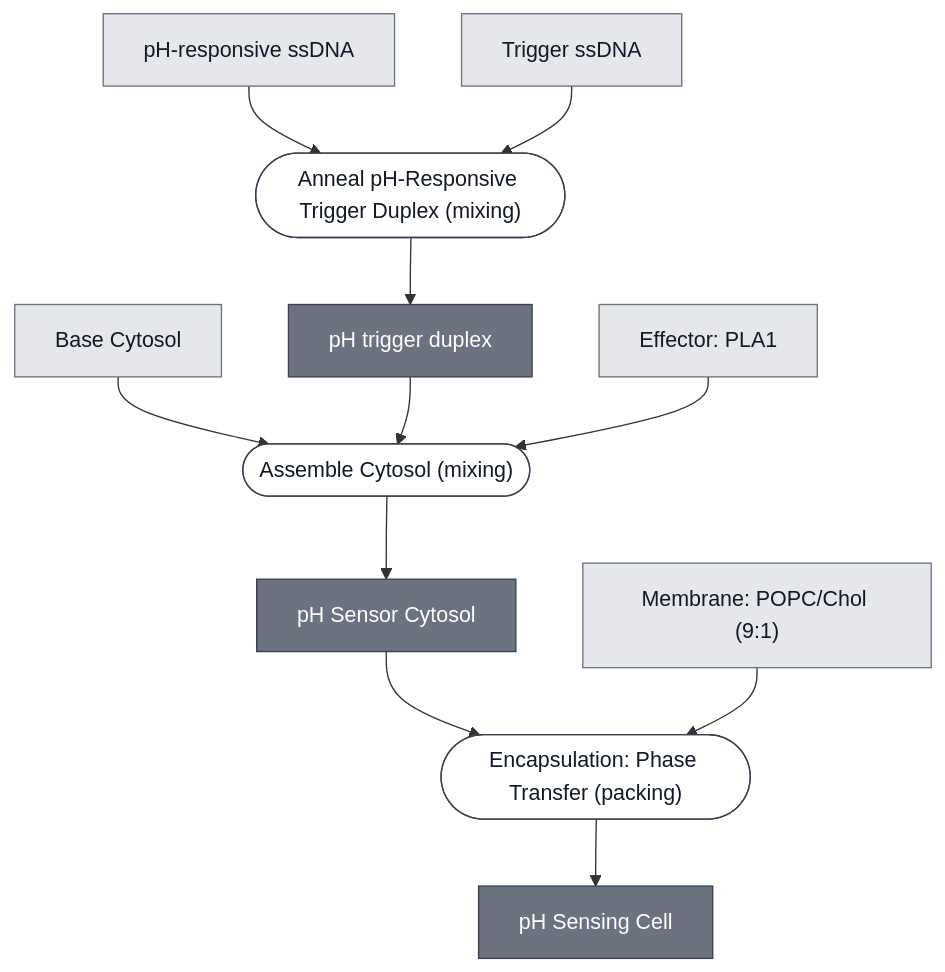
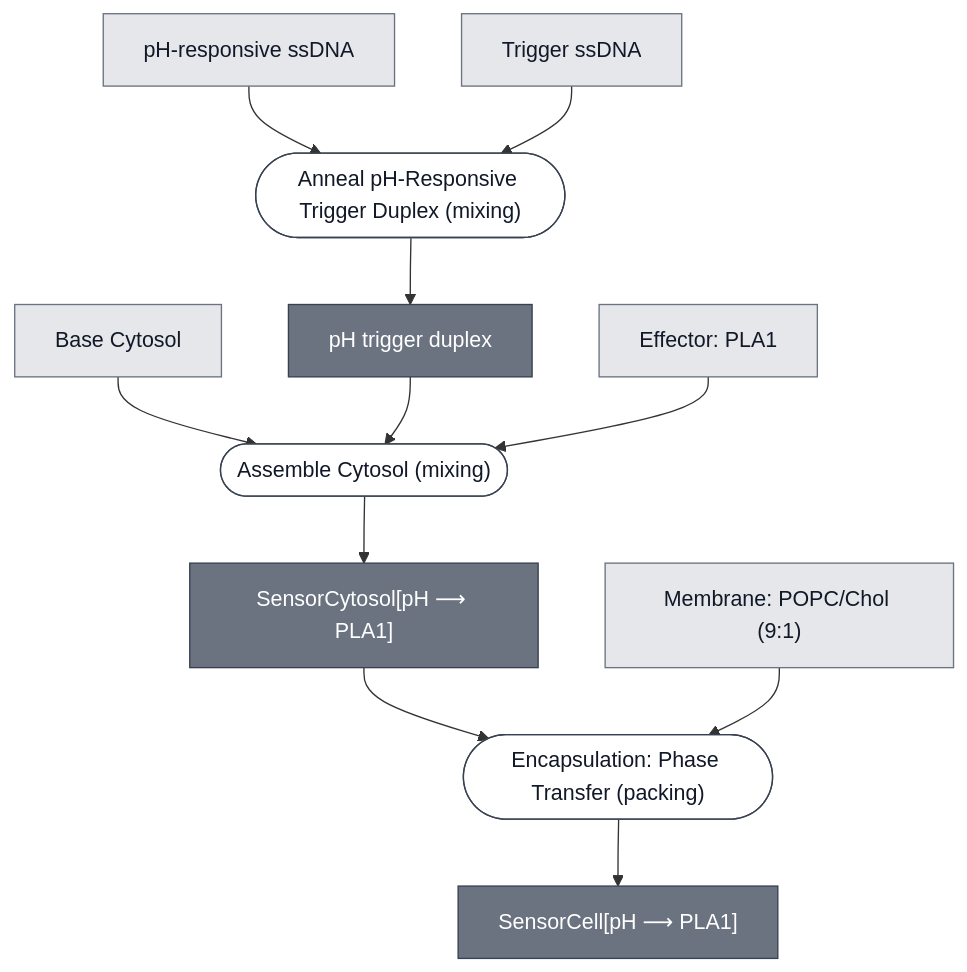
Before and after one commit to nucleus-eng/nucleus-docs: the diagram in docs/modules/ph-sensing-cell/spec.md, drawn with Mermaid. The commit also changed other lines of this file and 47 other files, not shown here.

````diff
--- a/docs/modules/ph-sensing-cell/spec.md
+++ b/docs/modules/ph-sensing-cell/spec.md
@@ -29,46 +29,46 @@
 ```mermaid
 flowchart TD
     BASE_CYTOSOL["Base Cytosol"]
     PH_RESPONSIVE_SSDNA["pH-responsive ssDNA"]
     TRIGGER_SSDNA["Trigger ssDNA"]
     EFFECTOR_PLA1["Effector: PLA1"]
     MEMBRANE_CHICAGO["Membrane: POPC/Chol (9:1)"]
 
     P1_ANNEAL_TRIGGER_DUPLEX_0(["Anneal pH-Responsive Trigger Duplex (mixing)"])
     PH_TRIGGER_DUPLEX["pH trigger duplex"]
     P2_ASSEMBLE_CYTOSOL_0(["Assemble Cytosol (mixing)"])
-    PH_SENSOR_CYTOSOL["pH Sensor Cytosol"]
+    PH_SENSOR_CYTOSOL["SensorCytosol[pH ⟶ PLA1]"]
     P3_ENCAPSULATE_0(["Encapsulation: Phase Transfer (packing)"])
-    PH_SENSING_CELL["pH Sensing Cell"]
+    PH_SENSING_CELL["SensorCell[pH ⟶ PLA1]"]
 
     PH_RESPONSIVE_SSDNA --> P1_ANNEAL_TRIGGER_DUPLEX_0
     TRIGGER_SSDNA --> P1_ANNEAL_TRIGGER_DUPLEX_0
     P1_ANNEAL_TRIGGER_DUPLEX_0 --> PH_TRIGGER_DUPLEX
 
     BASE_CYTOSOL --> P2_ASSEMBLE_CYTOSOL_0
     PH_TRIGGER_DUPLEX --> P2_ASSEMBLE_CYTOSOL_0
     EFFECTOR_PLA1 --> P2_ASSEMBLE_CYTOSOL_0
     P2_ASSEMBLE_CYTOSOL_0 --> PH_SENSOR_CYTOSOL
 
     PH_SENSOR_CYTOSOL --> P3_ENCAPSULATE_0
     MEMBRANE_CHICAGO --> P3_ENCAPSULATE_0
     P3_ENCAPSULATE_0 --> PH_SENSING_CELL
 
 
     classDef leaf     fill:#e5e7eb,stroke:#6b7280,color:#111827;
     classDef composed fill:#6b7280,stroke:#374151,color:#ffffff;
     classDef process  fill:#ffffff,stroke:#374151,color:#111827;
     class BASE_CYTOSOL,PH_RESPONSIVE_SSDNA,TRIGGER_SSDNA,EFFECTOR_PLA1,MEMBRANE_CHICAGO leaf;
     class PH_TRIGGER_DUPLEX,PH_SENSOR_CYTOSOL,PH_SENSING_CELL composed;
     class P1_ANNEAL_TRIGGER_DUPLEX_0,P2_ASSEMBLE_CYTOSOL_0,P3_ENCAPSULATE_0 process;
 
     click BASE_CYTOSOL "/docs/modules/base-cytosol/spec"
     click EFFECTOR_PLA1 "/docs/modules/effector-pla1/spec"
     click MEMBRANE_CHICAGO "/docs/modules/membrane-popc-chol-chicago/spec"
     click P1_ANNEAL_TRIGGER_DUPLEX_0 "/docs/processes/anneal-ph-trigger-duplex/main"
     click PH_TRIGGER_DUPLEX "/docs/modules/detector-ph/spec"
     click P2_ASSEMBLE_CYTOSOL_0 "/docs/processes/assemble-cytosol/assemble-cytosol-main"
     click PH_SENSOR_CYTOSOL "/docs/modules/ph-sensor-cytosol/spec"
     click P3_ENCAPSULATE_0 "/docs/processes/assemble-base-cell/main"
     click PH_SENSING_CELL "/docs/modules/ph-sensing-cell/spec"
 ```
````
